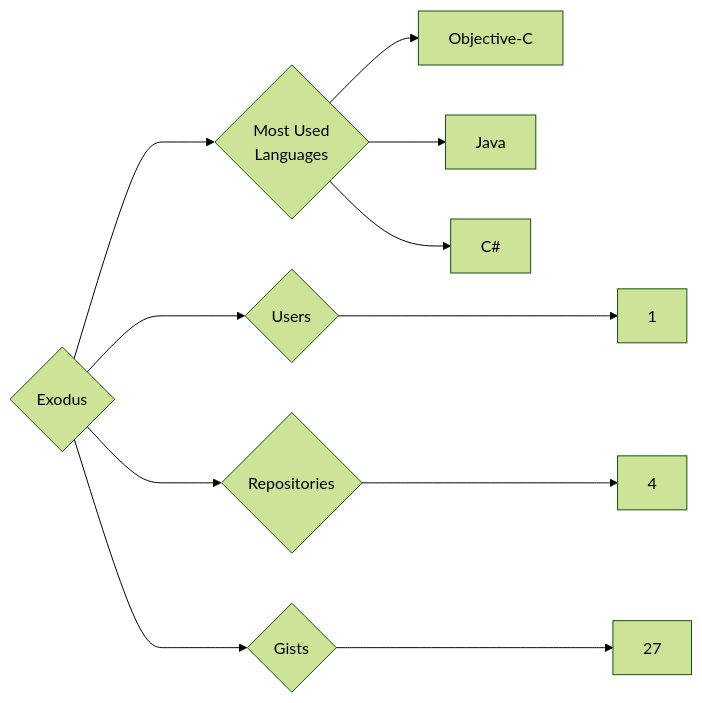
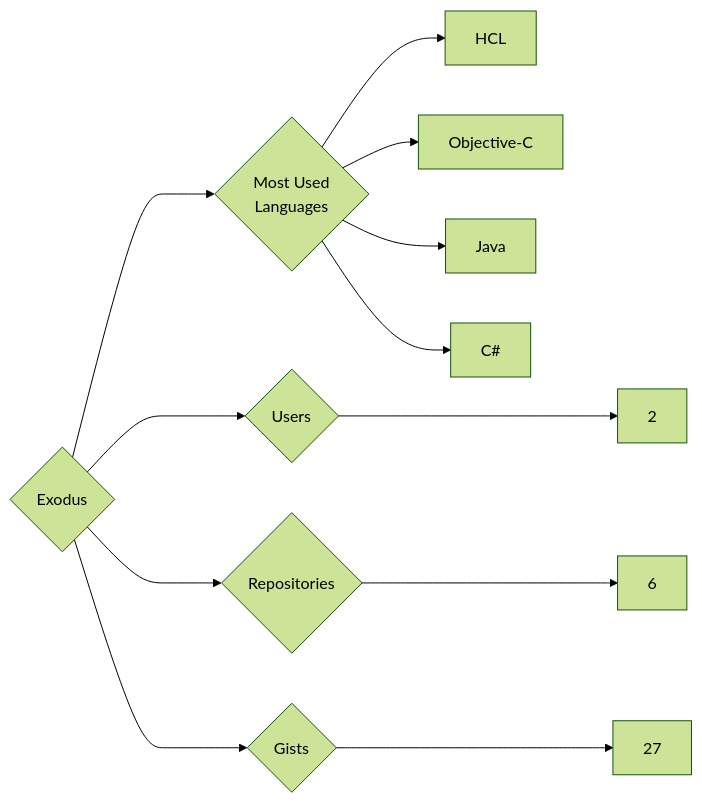
The diagram in targets/Exodus/README.md (trickest/insiders), drawn with Mermaid (forest theme) before and after one commit. The commit also changed 640 other files, not shown here.

````diff
--- a/targets/Exodus/README.md
+++ b/targets/Exodus/README.md
@@ -3,11 +3,12 @@
 ```mermaid
 graph LR
 COMPANY_NAME{Exodus}
-COMPANY_NAME ---> U{Users} ---> UN[1]
-COMPANY_NAME ---> R{Repositories} ---> RN[4]
+COMPANY_NAME ---> U{Users} ---> UN[2]
+COMPANY_NAME ---> R{Repositories} ---> RN[6]
 COMPANY_NAME ---> G{Gists} ---> GN[27]
 COMPANY_NAME ---> ML{Most Used<br>Languages}
+ML --> HCL[HCL]
 ML --> Objective-C[Objective-C]
 ML --> Java[Java]
 ML --> C#[C#]
 ```
````
